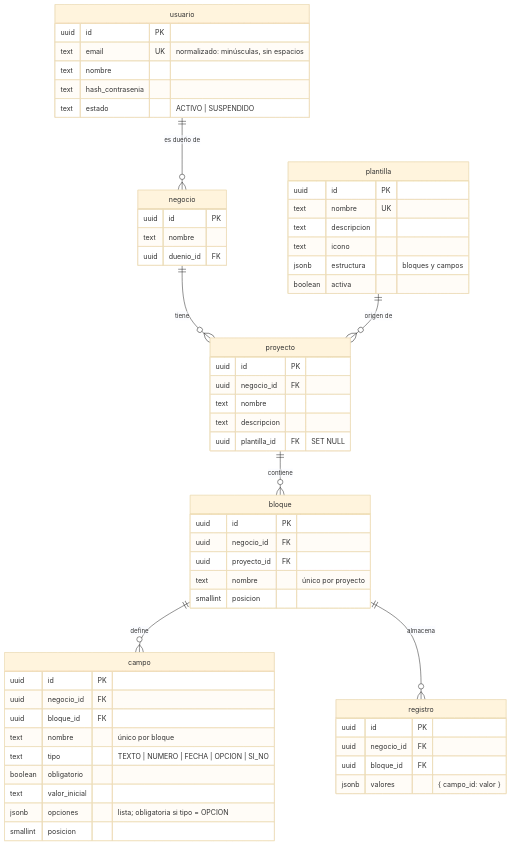
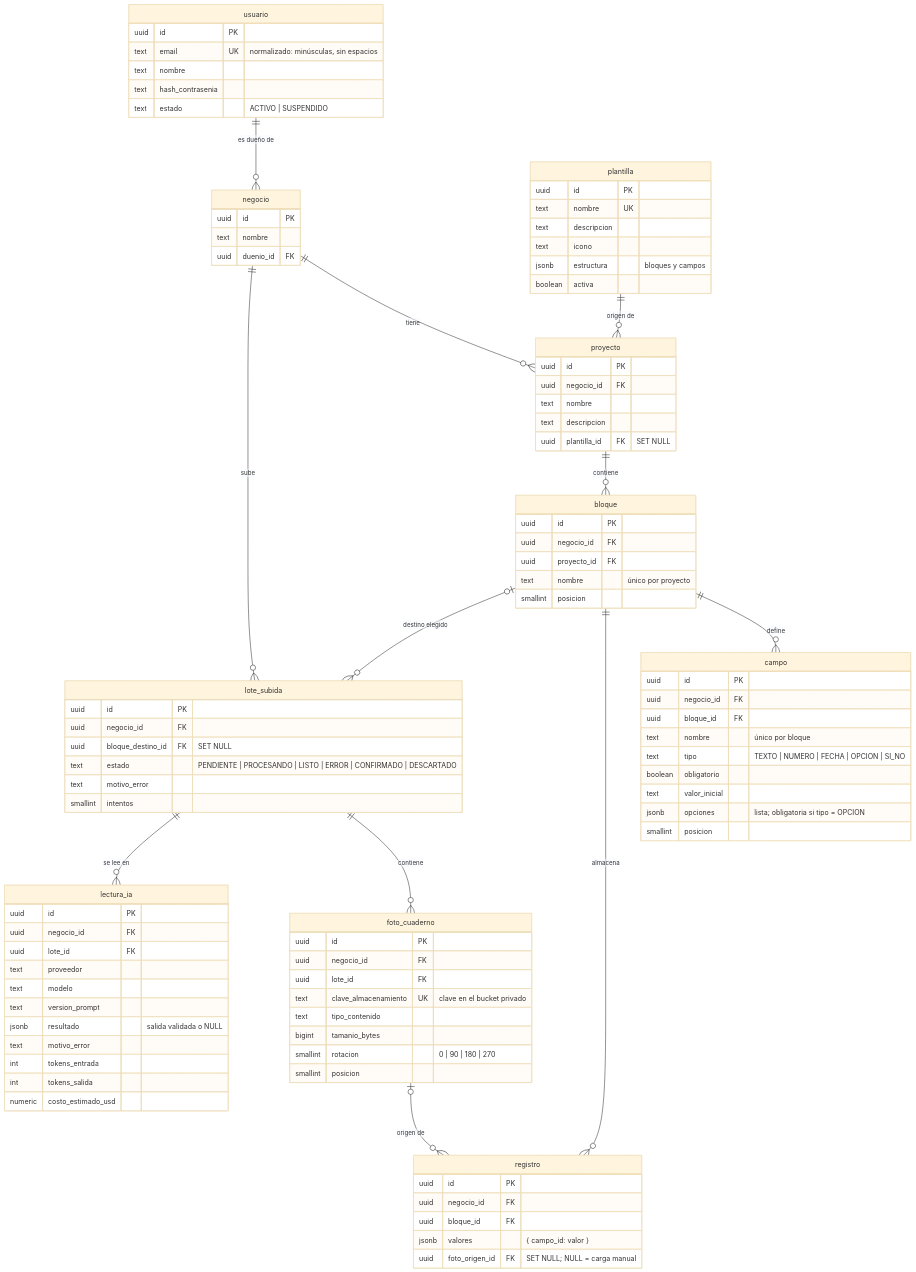
The diagram in docs/modelo-datos.md (gonzaviale/Ensambla), drawn with Mermaid (base theme) before and after one commit. The commit also changed other lines of this file and 1 other file, not shown here.

Commit message:
docs(backend): modelo de datos v2 y guia para conectar el proveedor de ia

````diff
--- a/docs/modelo-datos.md
+++ b/docs/modelo-datos.md
@@ -30,6 +31,11 @@
     proyecto ||--o{ bloque : contiene
     bloque ||--o{ campo : define
     bloque ||--o{ registro : almacena
+    negocio ||--o{ lote_subida : sube
+    bloque |o--o{ lote_subida : "destino elegido"
+    lote_subida ||--o{ foto_cuaderno : contiene
+    lote_subida ||--o{ lectura_ia : "se lee en"
+    foto_cuaderno |o--o{ registro : "origen de"
 
     usuario {
         uuid id PK
@@ -81,5 +87,37 @@
         uuid negocio_id FK
         uuid bloque_id FK
         jsonb valores "{ campo_id: valor }"
+        uuid foto_origen_id FK "SET NULL; NULL = carga manual"
+    }
+    lote_subida {
+        uuid id PK
+        uuid negocio_id FK
+        uuid bloque_destino_id FK "SET NULL"
+        text estado "PENDIENTE | PROCESANDO | LISTO | ERROR | CONFIRMADO | DESCARTADO"
+        text motivo_error
+        smallint intentos
+    }
+    foto_cuaderno {
+        uuid id PK
+        uuid negocio_id FK
+        uuid lote_id FK
+        text clave_almacenamiento UK "clave en el bucket privado"
+        text tipo_contenido
+        bigint tamanio_bytes
+        smallint rotacion "0 | 90 | 180 | 270"
+        smallint posicion
+    }
+    lectura_ia {
+        uuid id PK
+        uuid negocio_id FK
+        uuid lote_id FK
+        text proveedor
+        text modelo
+        text version_prompt
+        jsonb resultado "salida validada o NULL"
+        text motivo_error
+        int tokens_entrada
+        int tokens_salida
+        numeric costo_estimado_usd
     }
 ```
````
